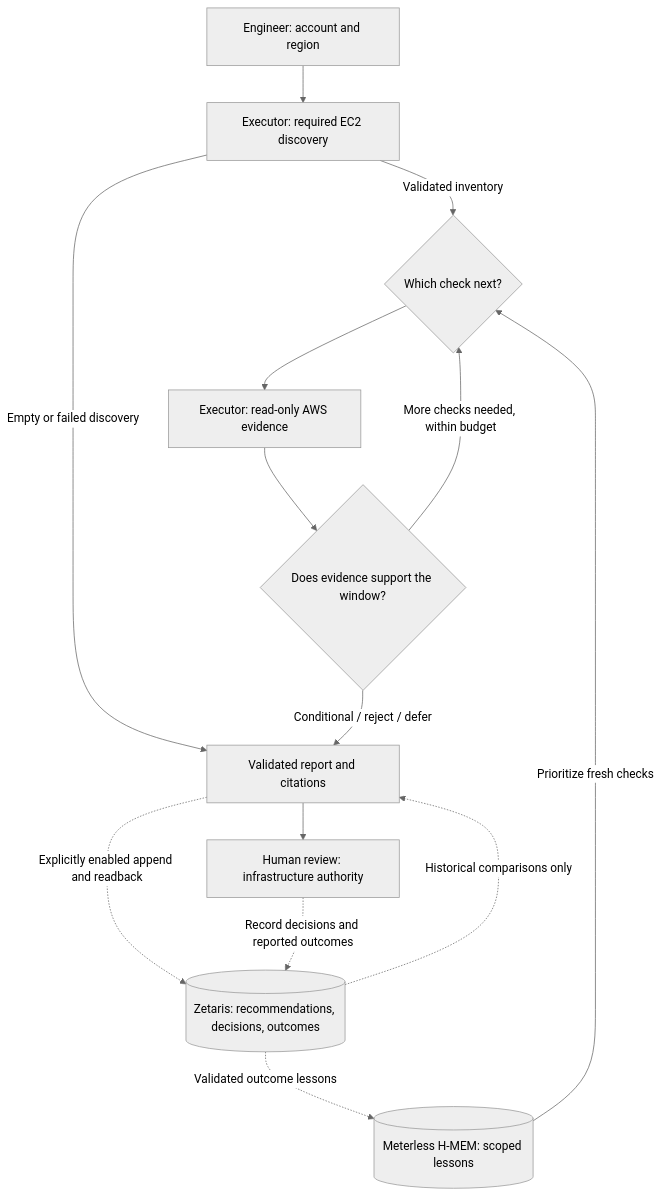
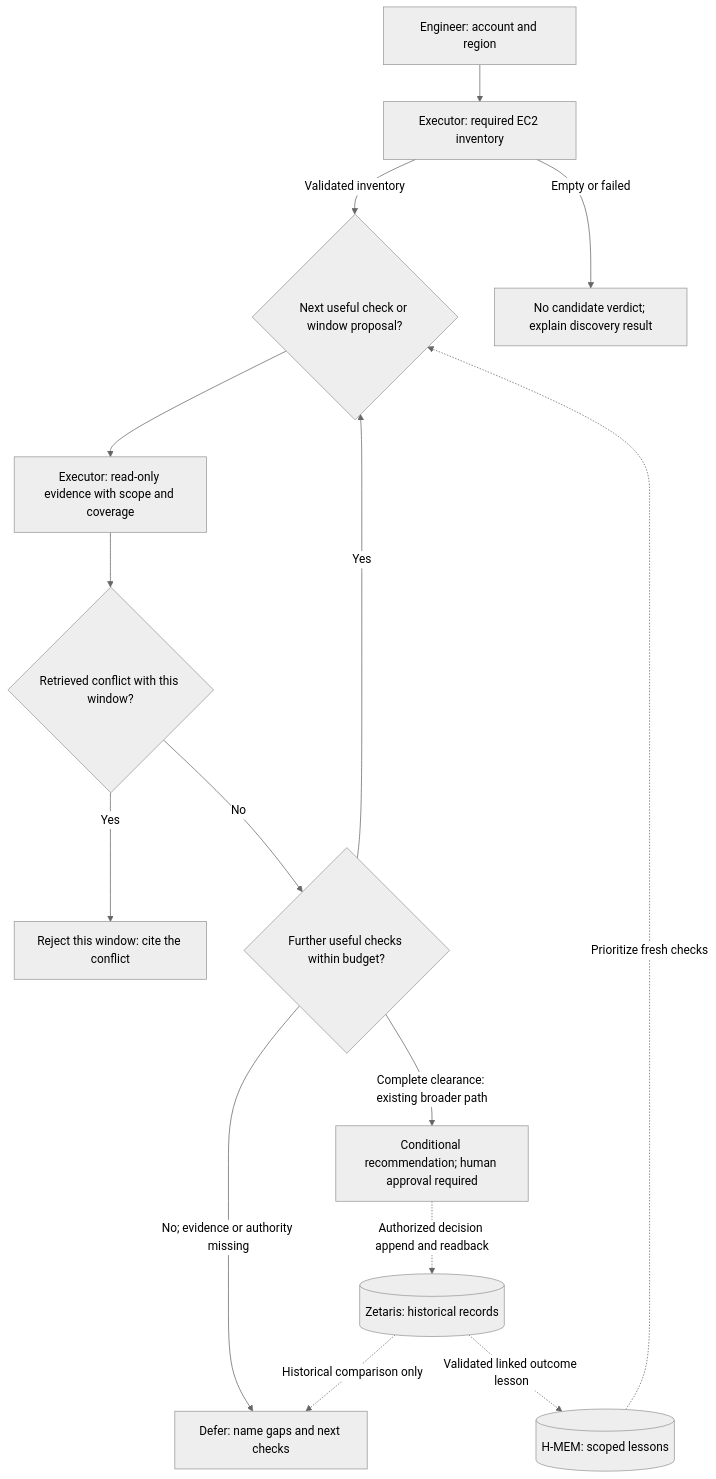
One commit to milaforge/cloud-cost-investigator changed the diagram in README.md. Above: the diagram before and after it, drawn with Mermaid (neutral theme). The commit also changed other lines of this file and 6 other files, not shown here.

Commit message:
docs: align CCI around conflicts and evidence gaps

````diff
--- a/README.md
+++ b/README.md
@@ -33,16 +35,17 @@
 ```mermaid
 flowchart TD
-    U[Engineer: account and region] --> D[Executor: required EC2 discovery]
-    D -->|Validated inventory| P{Which check next?}
-    D -->|Empty or failed discovery| R
-    M[(Meterless H-MEM: scoped lessons)] -->|Prioritize fresh checks| P
-    P --> X[Executor: read-only AWS evidence]
-    X --> E{Does evidence support the window?}
-    E -->|More checks needed, within budget| P
-    E -->|Conditional / reject / defer| R[Validated report and citations]
-    R --> H[Human review: infrastructure authority]
-    R -.->|Explicitly enabled append and readback| Z[(Zetaris: recommendations, decisions, outcomes)]
-    H -.->|Record decisions and reported outcomes| Z
-    Z -.->|Historical comparisons only| R
-    Z -.->|Validated outcome lessons| M
+    U[Engineer: account and region] --> D[Executor: required EC2 inventory]
+    D -->|Validated inventory| P{Next useful check or window proposal?}
+    D -->|Empty or failed| N[No candidate verdict; explain discovery result]
+    P --> X[Executor: read-only evidence with scope and coverage]
+    X --> E{Retrieved conflict with this window?}
+    E -->|Yes| R[Reject this window: cite the conflict]
+    E -->|No| G{Further useful checks within budget?}
+    G -->|Yes| P
+    G -->|No; evidence or authority missing| F[Defer: name gaps and next checks]
+    G -->|Complete clearance: existing broader path| C[Conditional recommendation; human approval required]
+    M[(H-MEM: scoped lessons)] -. Prioritize fresh checks .-> P
+    Z[(Zetaris: historical records)] -. Historical comparison only .-> F
+    C -. Authorized decision append and readback .-> Z
+    Z -. Validated linked outcome lesson .-> M
 ```
````
